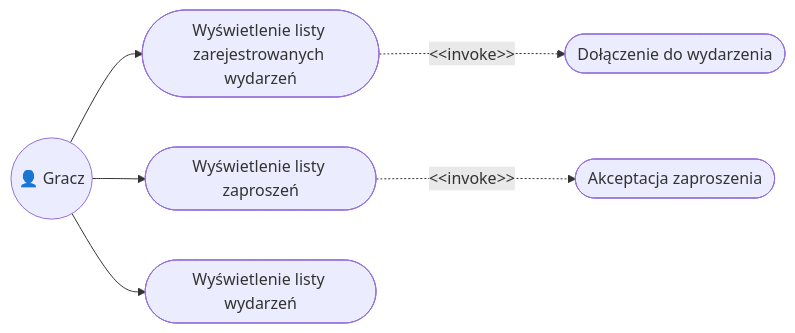
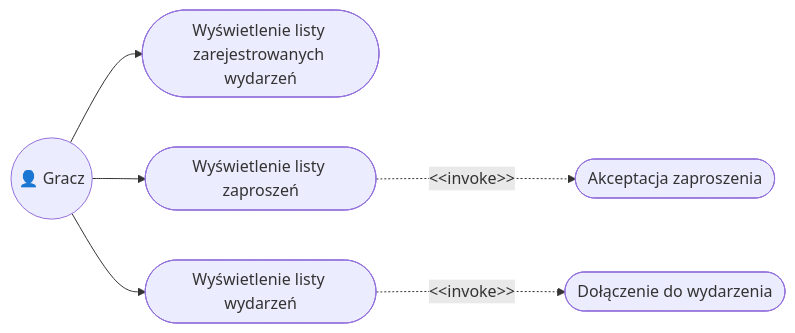
One commit to lzajka/project_iwo changed diagram 15 of 19 in README.md. Above: the diagram before and after it, drawn with Mermaid. The commit also changed other lines of this file, not shown here.

````diff
--- a/README.md
+++ b/README.md
@@ -1872,20 +1872,20 @@
 ```mermaid
 flowchart LR
 
 G(("👤 Gracz"))
 
 SRG(["Wyświetlenie listy zarejestrowanych wydarzeń"])
 JG(["Dołączenie do wydarzenia"])
 SIL(["Wyświetlenie listy zaproszeń"])
 AI(["Akceptacja zaproszenia"])
 SEL(["Wyświetlenie listy wydarzeń"])
 
 G --> SRG
 G --> SIL
 G --> SEL
 
-SRG -..->|&lt;&lt;invoke&gt;&gt;| JG
+SEL -..->|&lt;&lt;invoke&gt;&gt;| JG
 SIL -..->|&lt;&lt;invoke&gt;&gt;| AI
 
 
 ```
````
